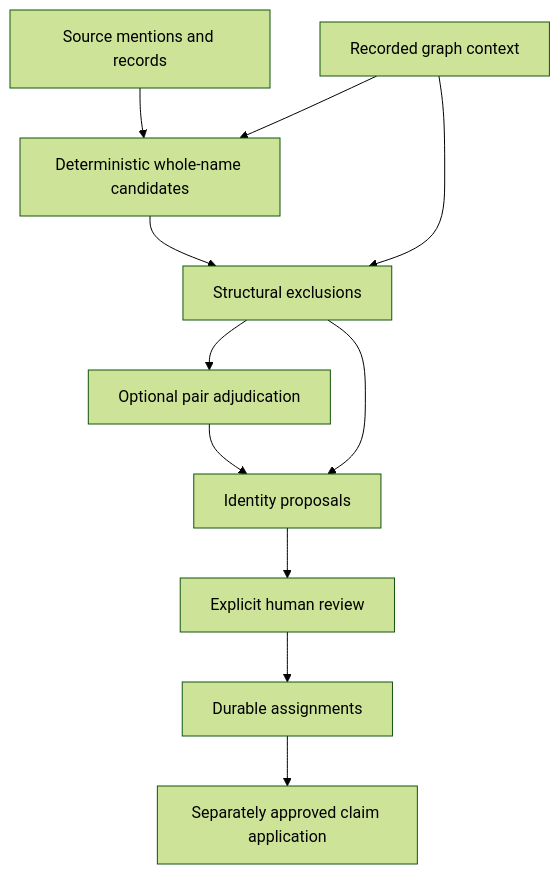
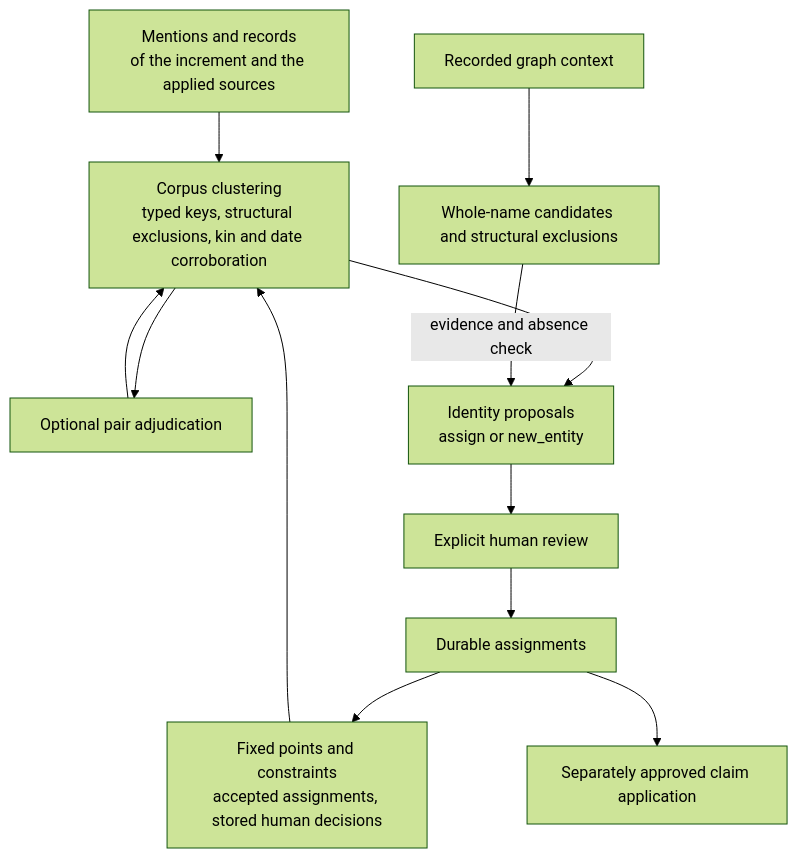
The diagram in docs/MENTIONS_AND_MATCHING.md (WillHirsch/yizkr), drawn with Mermaid (forest theme) before and after one commit. The commit also changed other lines of this file and 7 other files, not shown here.

First line of the commit message:
State one identity-proposal mechanism for every increment: clustering with accepted identities as fixed points (#971)

````diff
--- a/docs/MENTIONS_AND_MATCHING.md
+++ b/docs/MENTIONS_AND_MATCHING.md
@@ -92,13 +94,14 @@
 ```mermaid
 flowchart TD
-    mentions["Source mentions and records"] --> keys["Deterministic whole-name candidates"]
-    context["Recorded graph context"] --> keys
-    context --> structure["Structural exclusions"]
-    keys --> structure
-    structure --> judgement["Optional pair adjudication"]
-    structure --> proposals["Identity proposals"]
-    judgement --> proposals
+    mentions["Mentions and records<br/>of the increment and the applied sources"] --> cluster["Corpus clustering<br/>typed keys, structural exclusions, kin and date corroboration"]
+    fixed["Fixed points and constraints<br/>accepted assignments, stored human decisions"] --> cluster
+    cluster --> judgement["Optional pair adjudication"]
+    judgement --> cluster
+    cluster --> proposals["Identity proposals<br/>assign or new_entity"]
+    context["Recorded graph context"] --> candidates["Whole-name candidates and structural exclusions"]
+    candidates -->|"evidence and absence check"| proposals
     proposals --> review["Explicit human review"]
     review --> assignments["Durable assignments"]
+    assignments --> fixed
     assignments --> application["Separately approved claim application"]
 ```
````
